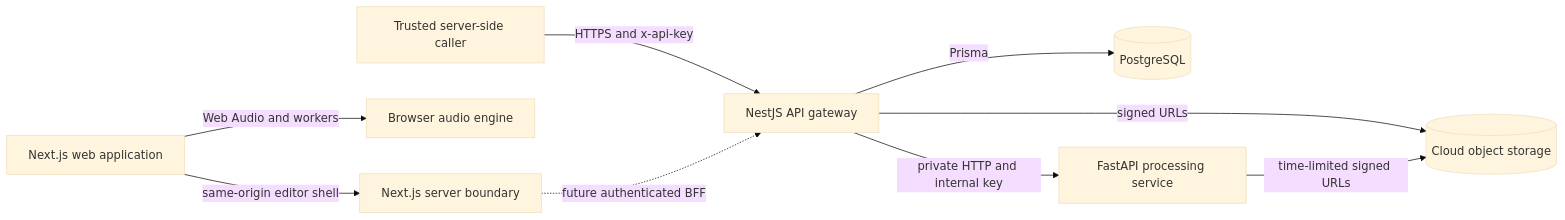
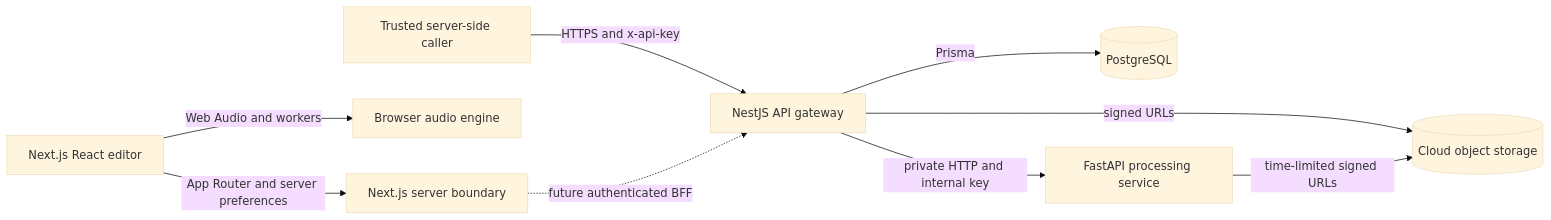
One commit to leather147/AudioMass changed the diagram in docs/ARCHITECTURE.md. Above: the diagram before and after it, drawn with Mermaid (base theme). The commit also changed other lines of this file and 64 other files, not shown here.

````diff
--- a/docs/ARCHITECTURE.md
+++ b/docs/ARCHITECTURE.md
@@ -7,11 +7,11 @@
 ```mermaid
 flowchart LR
-  Browser[Next.js web application] -->|same-origin editor shell| Web[Next.js server boundary]
+  Browser[Next.js React editor] -->|App Router and server preferences| Web[Next.js server boundary]
   Browser -->|Web Audio and workers| Engine[Browser audio engine]
   Trusted[Trusted server-side caller] -->|HTTPS and x-api-key| Gateway[NestJS API gateway]
   Web -. future authenticated BFF .-> Gateway
   Gateway -->|Prisma| Postgres[(PostgreSQL)]
   Gateway -->|signed URLs| Storage[(Cloud object storage)]
   Gateway -->|private HTTP and internal key| Python[FastAPI processing service]
   Python -->|time-limited signed URLs| Storage
 ```
````
